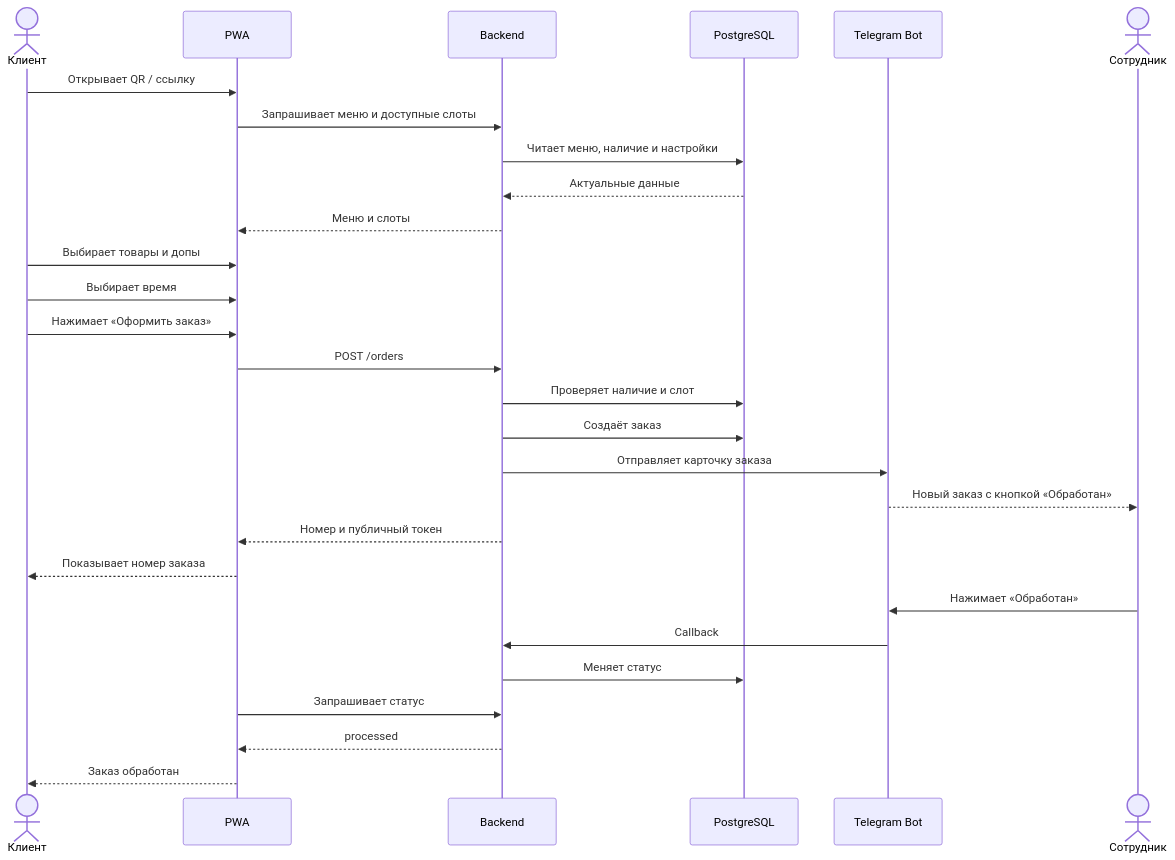
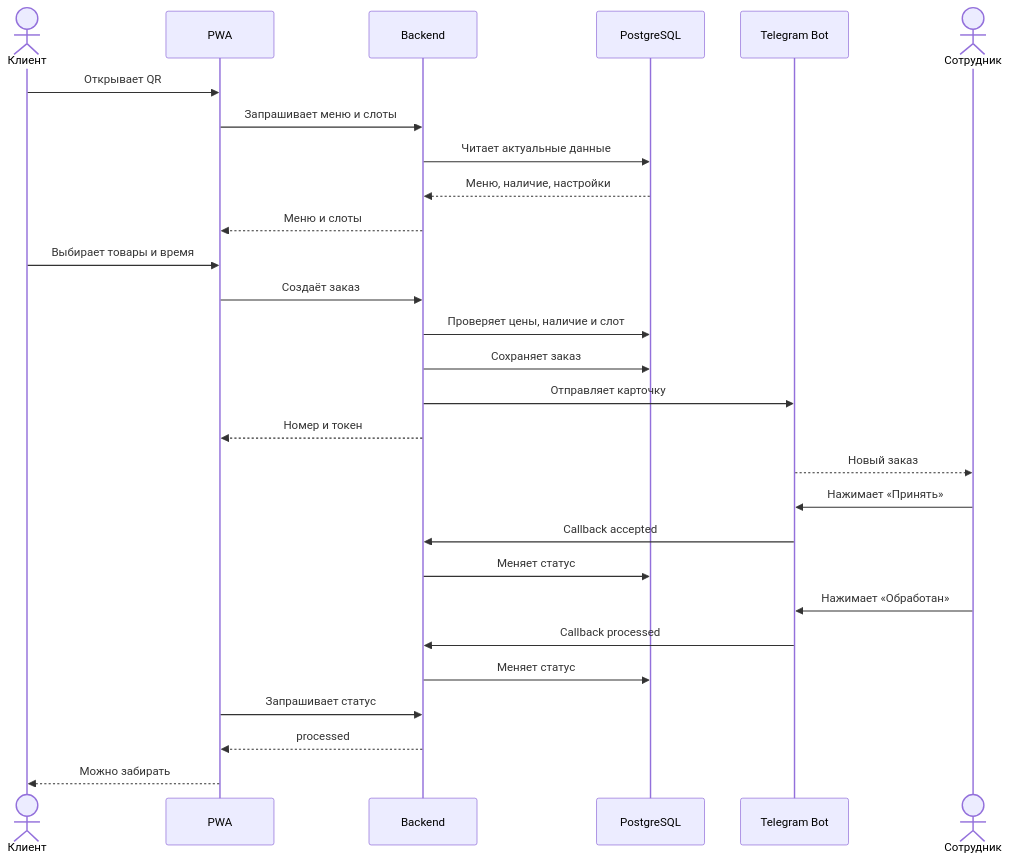
Before and after one commit to encento/shaverma-bn: the diagram in docs/ORDER_FLOW.md, drawn with Mermaid. The commit also changed other lines of this file and 6 other files, not shown here.

````diff
--- a/docs/ORDER_FLOW.md
+++ b/docs/ORDER_FLOW.md
@@ -5,35 +5,35 @@
 ```mermaid
 sequenceDiagram
     actor Client as Клиент
     participant PWA as PWA
     participant API as Backend
     participant DB as PostgreSQL
     participant TG as Telegram Bot
     actor Staff as Сотрудник
 
-    Client->>PWA: Открывает QR / ссылку
-    PWA->>API: Запрашивает меню и доступные слоты
-    API->>DB: Читает меню, наличие и настройки
-    DB-->>API: Актуальные данные
+    Client->>PWA: Открывает QR
+    PWA->>API: Запрашивает меню и слоты
+    API->>DB: Читает актуальные данные
+    DB-->>API: Меню, наличие, настройки
     API-->>PWA: Меню и слоты
 
-    Client->>PWA: Выбирает товары и допы
-    Client->>PWA: Выбирает время
-    Client->>PWA: Нажимает «Оформить заказ»
+    Client->>PWA: Выбирает товары и время
+    PWA->>API: Создаёт заказ
+    API->>DB: Проверяет цены, наличие и слот
+    API->>DB: Сохраняет заказ
+    API->>TG: Отправляет карточку
+    API-->>PWA: Номер и токен
 
-    PWA->>API: POST /orders
-    API->>DB: Проверяет наличие и слот
-    API->>DB: Создаёт заказ
-    API->>TG: Отправляет карточку заказа
-    TG-->>Staff: Новый заказ с кнопкой «Обработан»
-    API-->>PWA: Номер и публичный токен
-
-    PWA-->>Client: Показывает номер заказа
+    TG-->>Staff: Новый заказ
+    Staff->>TG: Нажимает «Принять»
+    TG->>API: Callback accepted
+    API->>DB: Меняет статус
 
     Staff->>TG: Нажимает «Обработан»
-    TG->>API: Callback
+    TG->>API: Callback processed
     API->>DB: Меняет статус
+
     PWA->>API: Запрашивает статус
     API-->>PWA: processed
-    PWA-->>Client: Заказ обработан
+    PWA-->>Client: Можно забирать
 ```
````
